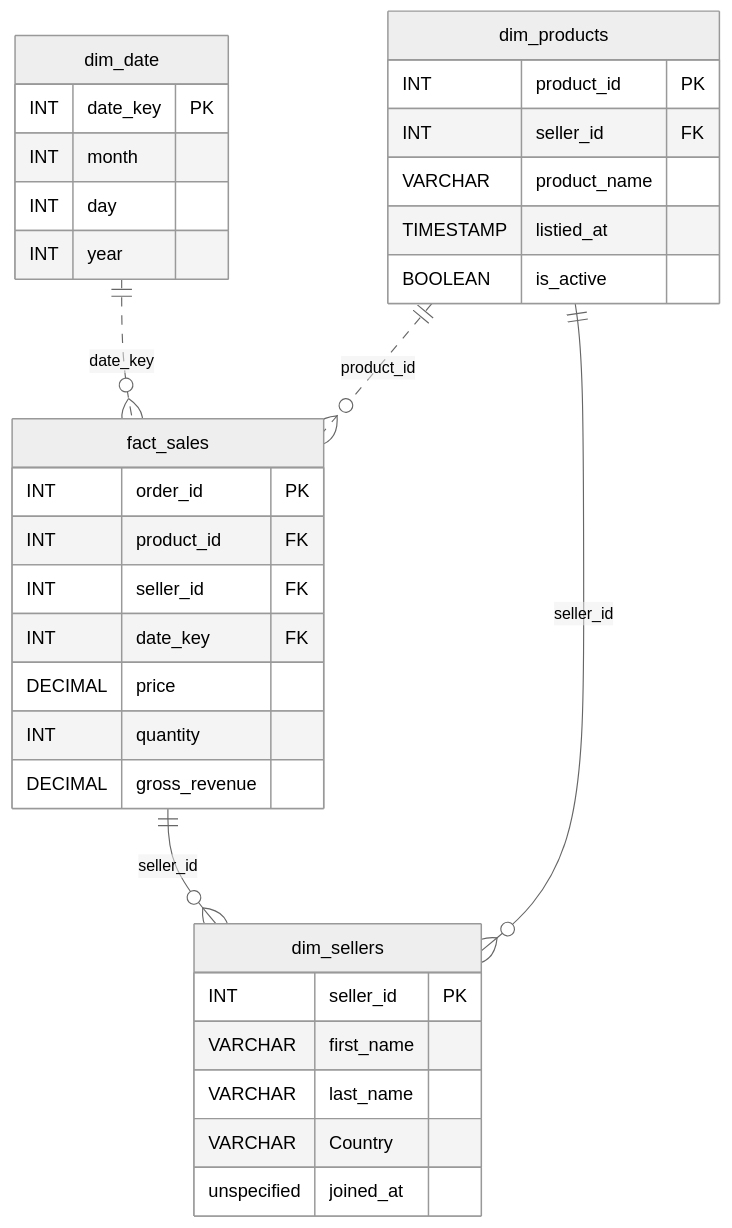
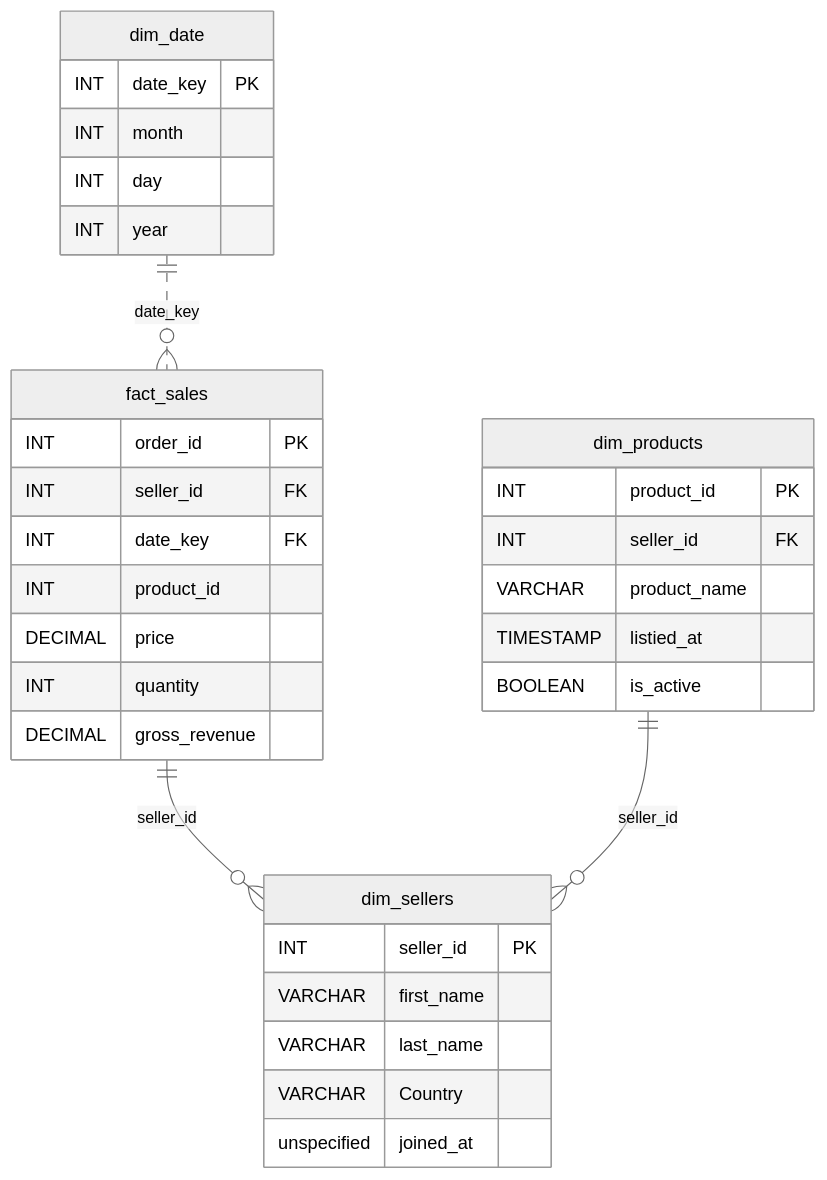
Before and after one commit to yousefashrafsaleh91/datadriven-practice: the diagram in practice/data_modeling/a-number-for-the-seller/README.md, drawn with Mermaid (neutral theme). The commit also changed 2 other files, not shown here.

Commit message:
Solve a-number-for-the-seller

````diff
--- a/practice/data_modeling/a-number-for-the-seller/README.md
+++ b/practice/data_modeling/a-number-for-the-seller/README.md
@@ -18,36 +18,35 @@
 ```mermaid
 erDiagram
     fact_sales {
         INT order_id PK
-        INT product_id FK
         INT seller_id FK
         INT date_key FK
+        INT product_id
         DECIMAL price
         INT quantity
         DECIMAL gross_revenue
     }
     dim_date {
         INT date_key PK
         INT month
         INT day
         INT year
     }
     dim_products {
         INT product_id PK
         INT seller_id FK
         VARCHAR product_name
         TIMESTAMP listied_at
         BOOLEAN is_active
     }
     dim_sellers {
         INT seller_id PK
         VARCHAR first_name
         VARCHAR last_name
         VARCHAR Country
         unspecified joined_at
     }
     dim_date only one optionally to zero or more fact_sales : "date_key"
     fact_sales only one to zero or more dim_sellers : "seller_id"
     dim_products only one to zero or more dim_sellers : "seller_id"
-    dim_products only one optionally to zero or more fact_sales : "product_id"
 ```
````
